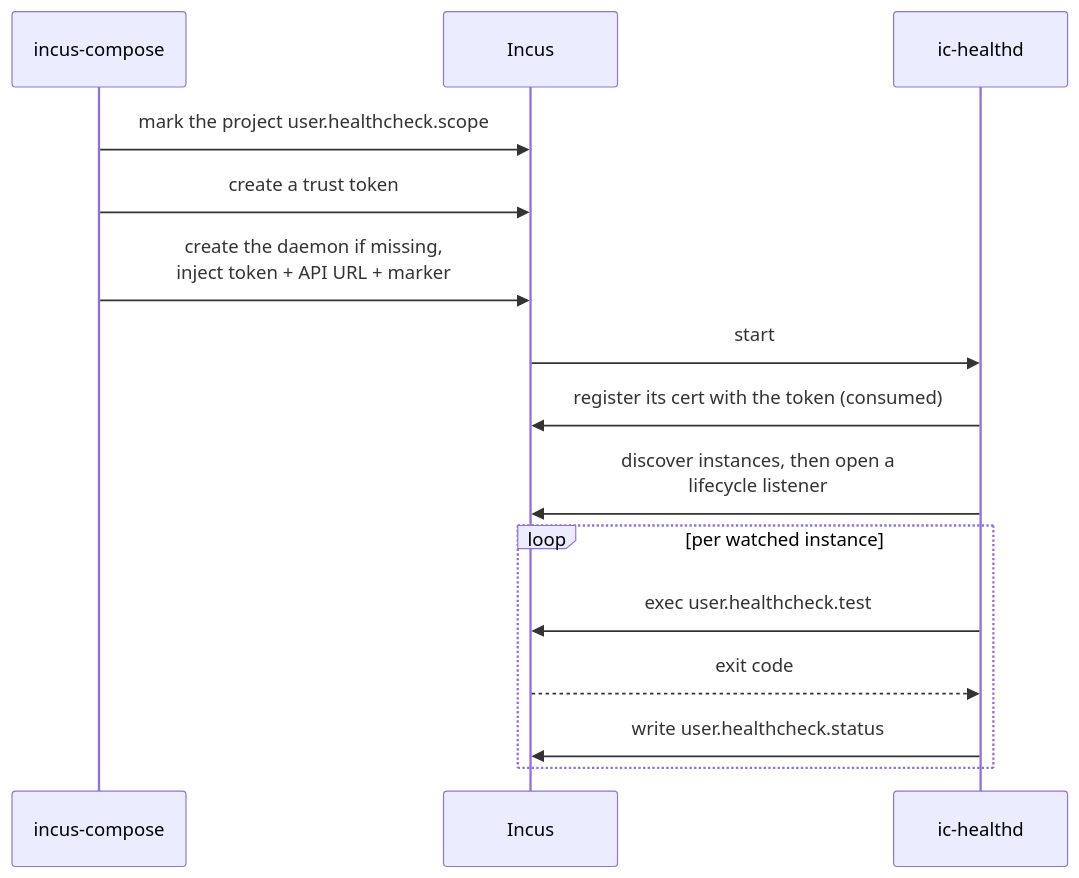
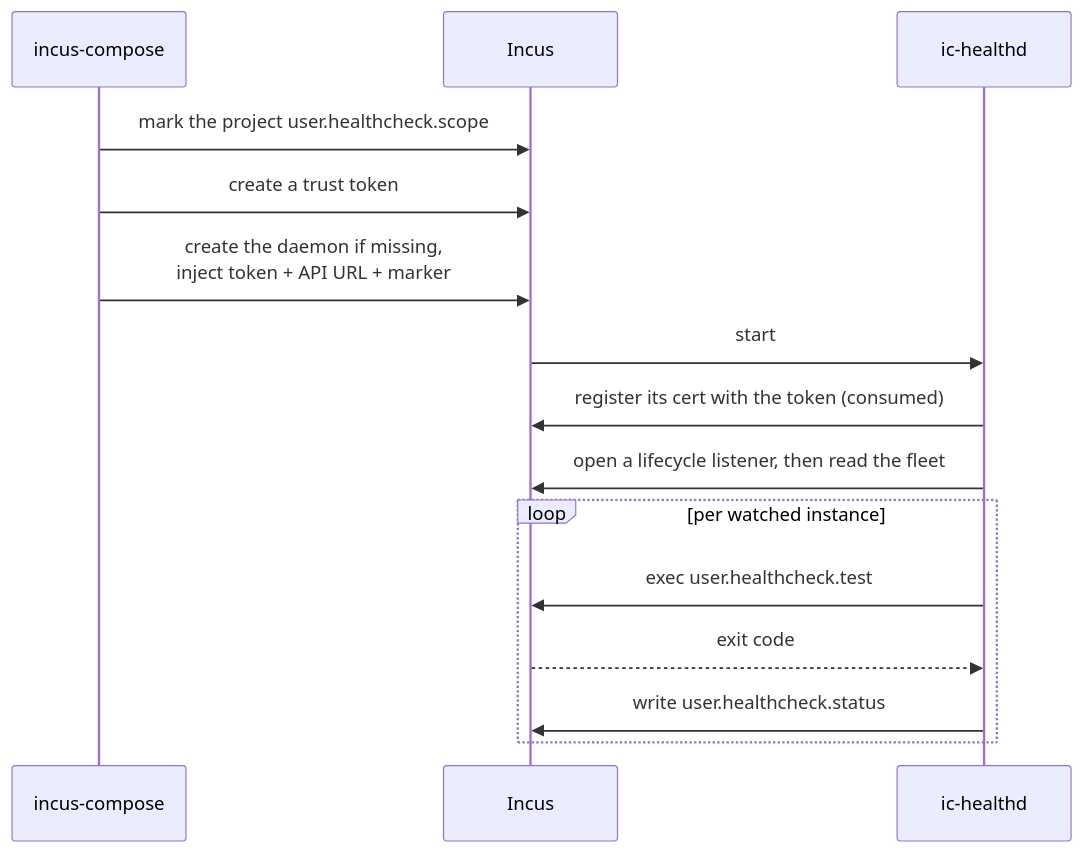
The first of 4 diagrams in root/healthd.md (jochumdev/incus-compose-docs), drawn with Mermaid before and after one commit. The commit also changed other lines of this file and 2 other files, not shown here.

````diff
--- a/root/healthd.md
+++ b/root/healthd.md
@@ -61,18 +61,18 @@
 ```mermaid
 sequenceDiagram
     participant IC as incus-compose
     participant I as Incus
     participant H as ic-healthd
 
     IC->>I: mark the project user.healthcheck.scope
     IC->>I: create a trust token
     IC->>I: create the daemon if missing,<br/>inject token + API URL + marker
     I->>H: start
     H->>I: register its cert with the token (consumed)
-    H->>I: discover instances, then open a<br/>lifecycle listener
+    H->>I: open a lifecycle listener, then read the fleet
     loop per watched instance
         H->>I: exec user.healthcheck.test
         I-->>H: exit code
         H->>I: write user.healthcheck.status
     end
 ```
````
